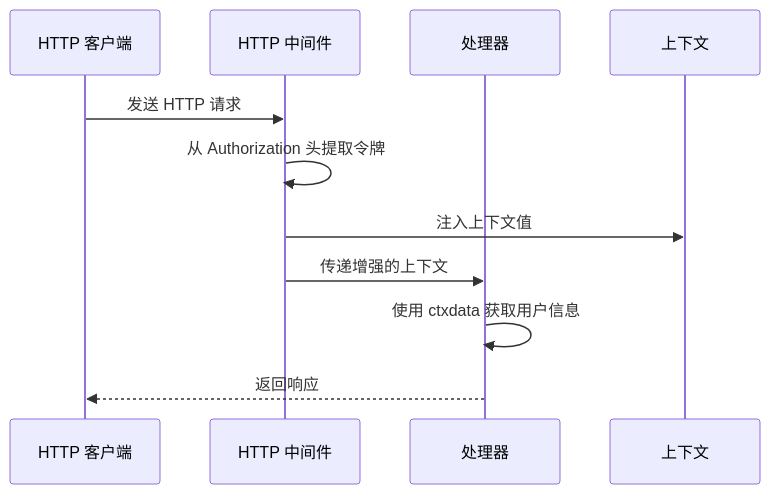
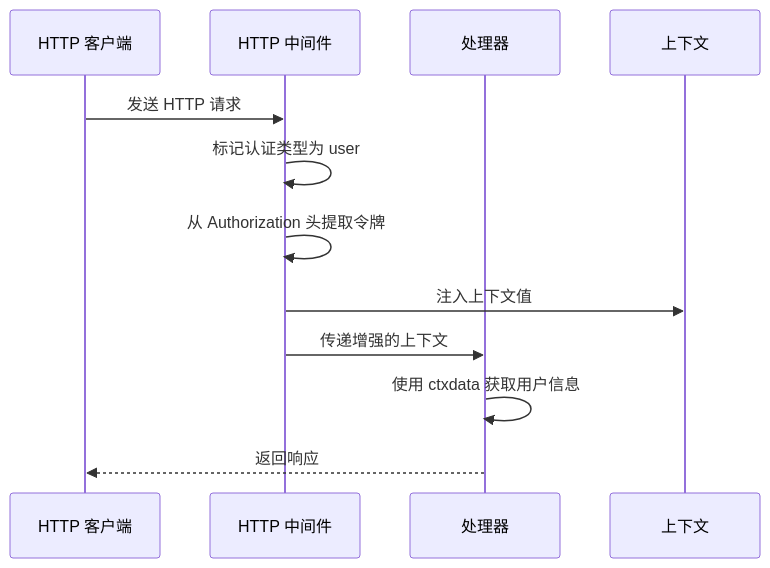
One commit to maomao94/zero-service changed the sixth of 11 diagrams in .qoder/repowiki/zh/content/Ctxdata Context Management.md. Above: the diagram before and after it, drawn with Mermaid. The commit also changed other lines of this file and 7 other files, not shown here.

````diff
--- a/.qoder/repowiki/zh/content/Ctxdata Context Management.md
+++ b/.qoder/repowiki/zh/content/Ctxdata Context Management.md
@@ -213,13 +265,14 @@
 ```mermaid
 sequenceDiagram
 participant Client as HTTP 客户端
 participant Middleware as HTTP 中间件
 participant Handler as 处理器
 participant Ctx as 上下文
 Client->>Middleware : 发送 HTTP 请求
+Middleware->>Middleware : 标记认证类型为 user
 Middleware->>Middleware : 从 Authorization 头提取令牌
 Middleware->>Ctx : 注入上下文值
 Middleware->>Handler : 传递增强的上下文
 Handler->>Handler : 使用 ctxdata 获取用户信息
 Handler-->>Client : 返回响应
 ```
````
